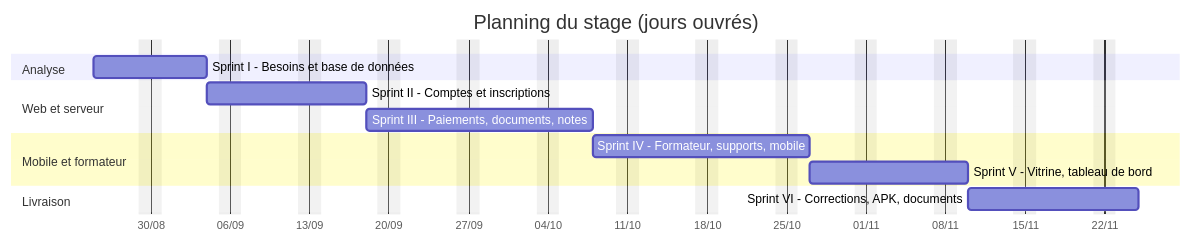
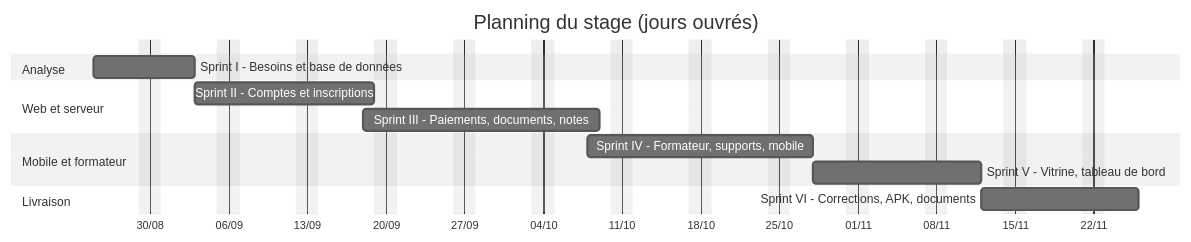
The second of 9 diagrams in FLUX-MEMOIRE.md (eliaTolojanahary/gestionFormation_stage), drawn with Mermaid before and after one commit. The commit also changed other lines of this file and 163 other files, not shown here.

````diff
--- a/FLUX-MEMOIRE.md
+++ b/FLUX-MEMOIRE.md
@@ -269,17 +563,18 @@
 ```mermaid
+%%{init: {'theme':'neutral'}}%%
 gantt
     title Planning du stage (jours ouvrés)
     dateFormat YYYY-MM-DD
     axisFormat %d/%m
     excludes weekends
     section Analyse
-    Sprint I - Besoins et base de données     :s1, 2026-08-25, 8d
+    Sprint I - Besoins et base de données     :s1, 2026-08-25, 7d
     section Web et serveur
-    Sprint II - Comptes et inscriptions       :s2, after s1, 10d
-    Sprint III - Paiements, documents, notes  :s3, after s2, 14d
+    Sprint II - Comptes et inscriptions       :s2, 2026-09-03, 12d
+    Sprint III - Paiements, documents, notes  :s3, 2026-09-18, 15d
     section Mobile et formateur
-    Sprint IV - Formateur, supports, mobile   :s4, after s3, 13d
-    Sprint V - Vitrine, tableau de bord       :s5, after s4, 10d
+    Sprint IV - Formateur, supports, mobile   :s4, 2026-10-08, 14d
+    Sprint V - Vitrine, tableau de bord       :s5, 2026-10-28, 11d
     section Livraison
-    Sprint VI - Corrections, APK, documents   :s6, after s5, 11d
+    Sprint VI - Corrections, APK, documents   :s6, 2026-11-12, 10d
 ```
````
